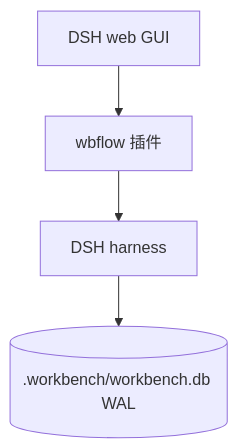
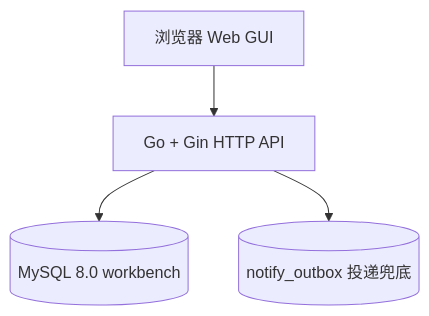
The third of 4 diagrams in docs/v1.0/arch_design.md (huzilin/dsh-flow), drawn with Mermaid before and after one commit. The commit also changed other lines of this file and 18 other files, not shown here.

````diff
--- a/docs/v1.0/arch_design.md
+++ b/docs/v1.0/arch_design.md
@@ -129,6 +130,6 @@
 ```mermaid
 graph TD
-    B[DSH web GUI] --> Plug[wbflow 插件]
-    Plug --> Host[DSH harness]
-    Host --> DB[(.workbench/workbench.db WAL)]
+    B[浏览器 Web GUI] --> API[Go + Gin HTTP API]
+    API --> DB[(MySQL 8.0 workbench)]
+    API --> OB[(notify_outbox 投递兜底)]
 ```
````
